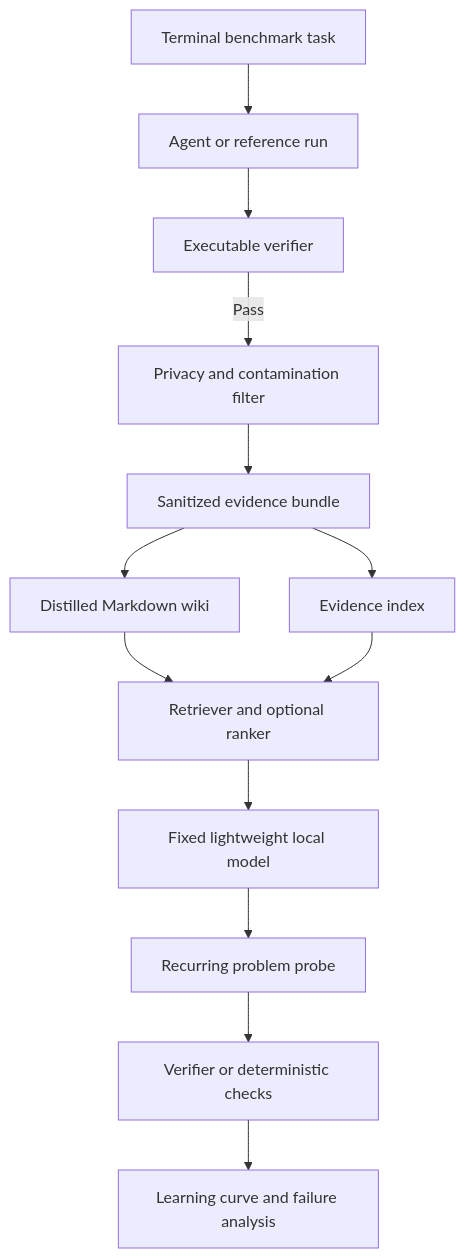
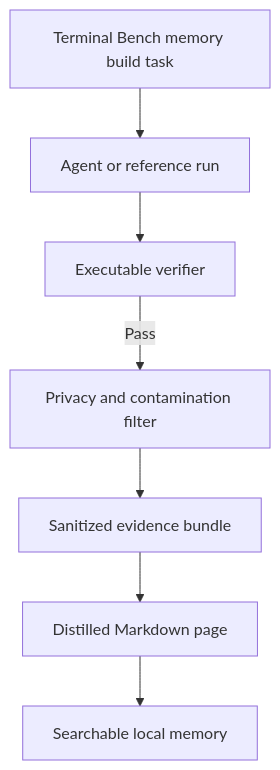
The first of 2 diagrams in projects/01_terminal_artifact_memory/README.md (raghavan/longtail-inference-lab), drawn with Mermaid before and after one commit. The commit also changed other lines of this file and 3 other files, not shown here.

````diff
--- a/projects/01_terminal_artifact_memory/README.md
+++ b/projects/01_terminal_artifact_memory/README.md
@@ -32,15 +59,9 @@
 ```mermaid
 flowchart TD
-    A[Terminal benchmark task] --> B[Agent or reference run]
+    A[Terminal Bench memory build task] --> B[Agent or reference run]
     B --> C[Executable verifier]
     C -->|Pass| D[Privacy and contamination filter]
     D --> E[Sanitized evidence bundle]
-    E --> F[Distilled Markdown wiki]
-    E --> G[Evidence index]
-    F --> H[Retriever and optional ranker]
-    G --> H
-    H --> I[Fixed lightweight local model]
-    I --> J[Recurring problem probe]
-    J --> K[Verifier or deterministic checks]
-    K --> L[Learning curve and failure analysis]
+    E --> F[Distilled Markdown page]
+    F --> G[Searchable local memory]
 ```
````
